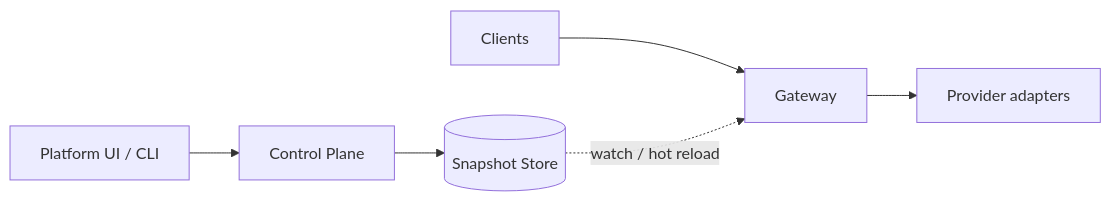
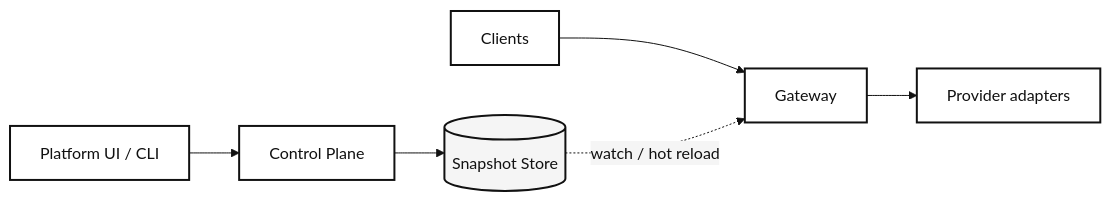
Before and after one commit to curefatih/afi: the diagram in README.md, drawn with Mermaid.

Commit message:
docs: update architecture diagram in README to enhance clarity and visual representation

````diff
--- a/README.md
+++ b/README.md
@@ -73,6 +73,12 @@
 ```mermaid
+%%{init: {"theme":"base","themeVariables":{"primaryColor":"#ffffff","primaryTextColor":"#111111","primaryBorderColor":"#111111","lineColor":"#111111","secondaryColor":"#f5f5f5","tertiaryColor":"#ffffff","fontFamily":"ui-sans-serif,system-ui,sans-serif"}}}%%
 flowchart LR
   UI[Platform UI / CLI] --> CP[Control Plane] --> SS[(Snapshot Store)]
   Clients --> GW[Gateway] --> PA[Provider adapters]
   SS -.->|watch / hot reload| GW
+
+  classDef node fill:#ffffff,stroke:#111111,color:#111111,stroke-width:2px
+  classDef store fill:#f5f5f5,stroke:#111111,color:#111111,stroke-width:2px
+  class UI,CP,Clients,GW,PA node
+  class SS store
 ```
````
